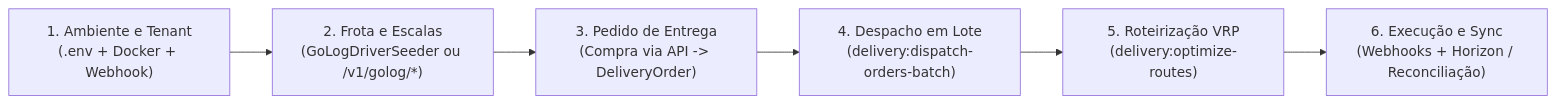
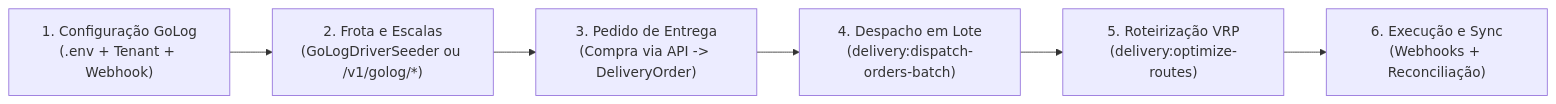
The diagram in docs/GOLOG_SETUP.md (nahel-argama/cultiva-backend), drawn with Mermaid before and after one commit. The commit also changed other lines of this file, not shown here.

Commit message:
docs(golog): simplifica guia de uso e documenta seleção de escalas

````diff
--- a/docs/GOLOG_SETUP.md
+++ b/docs/GOLOG_SETUP.md
@@ -5,8 +5,8 @@
 ```mermaid
 flowchart LR
-    A["1. Ambiente e Tenant\n(.env + Docker + Webhook)"] --> B["2. Frota e Escalas\n(GoLogDriverSeeder ou /v1/golog/*)"]
+    A["1. Configuração GoLog\n(.env + Tenant + Webhook)"] --> B["2. Frota e Escalas\n(GoLogDriverSeeder ou /v1/golog/*)"]
     B --> C["3. Pedido de Entrega\n(Compra via API -> DeliveryOrder)"]
     C --> D["4. Despacho em Lote\n(delivery:dispatch-orders-batch)"]
     D --> E["5. Roteirização VRP\n(delivery:optimize-routes)"]
-    E --> F["6. Execução e Sync\n(Webhooks + Horizon / Reconciliação)"]
+    E --> F["6. Execução e Sync\n(Webhooks + Reconciliação)"]
 ```
````
